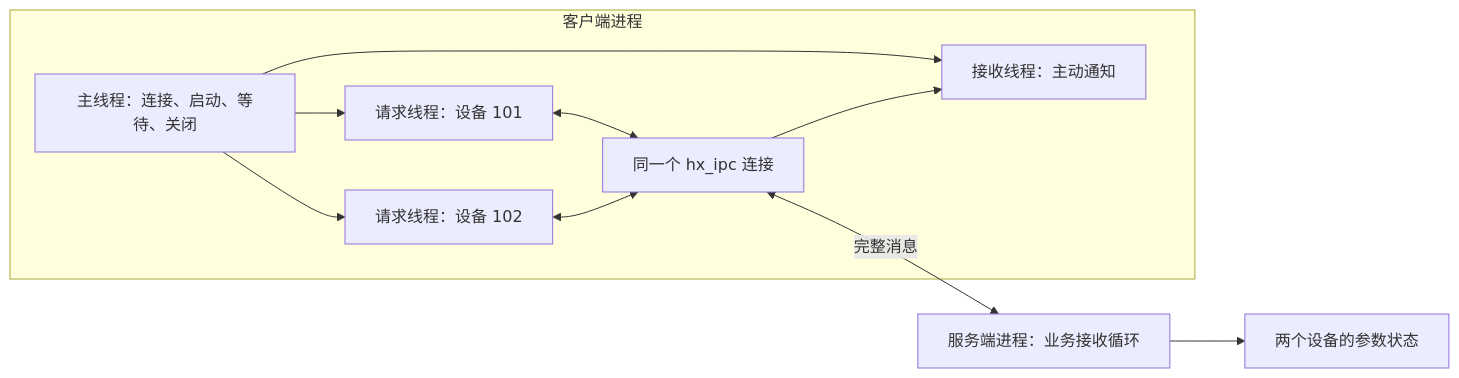
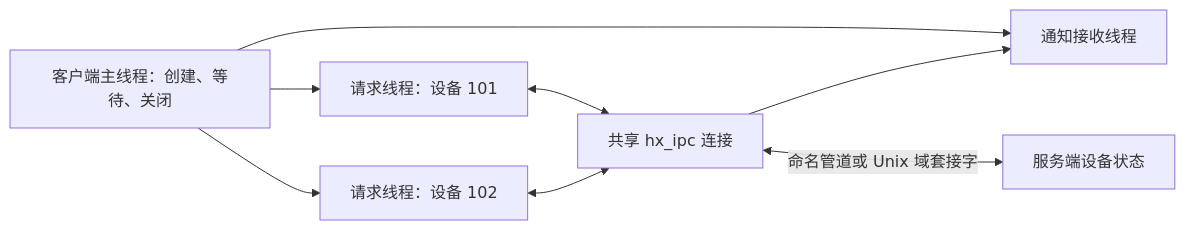
One commit to HuangX666/hx_c_platform changed the diagram in docs/IPC_BUSINESS.zh-CN.md. Above: the diagram before and after it, drawn with Mermaid. The commit also changed other lines of this file and 33 other files, not shown here.

````diff
--- a/docs/IPC_BUSINESS.zh-CN.md
+++ b/docs/IPC_BUSINESS.zh-CN.md
@@ -96,18 +52,10 @@
 ```mermaid
 flowchart LR
-    subgraph Client[客户端进程]
-        Main[主线程：连接、启动、等待、关闭]
-        T1[请求线程：设备 101]
-        T2[请求线程：设备 102]
-        RX[接收线程：主动通知]
-        EP[同一个 hx_ipc 连接]
-        Main --> T1
-        Main --> T2
-        Main --> RX
-        T1 <--> EP
-        T2 <--> EP
-        EP --> RX
-    end
-    EP <-->|完整消息| Service[服务端进程：业务接收循环]
-    Service --> State[两个设备的参数状态]
+    Main[客户端主线程：创建、等待、关闭] --> A[请求线程：设备 101]
+    Main --> B[请求线程：设备 102]
+    Main --> R[通知接收线程]
+    A <--> I[共享 hx_ipc 连接]
+    B <--> I
+    I --> R
+    I <-->|命名管道或 Unix 域套接字| S[服务端设备状态]
 ```
````
